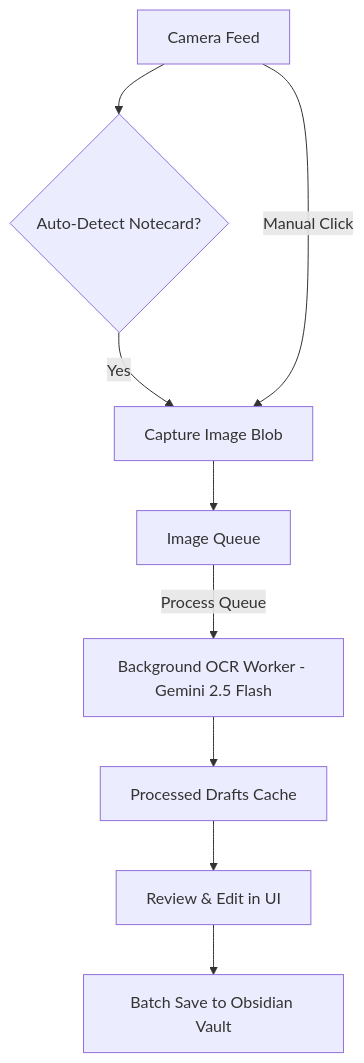
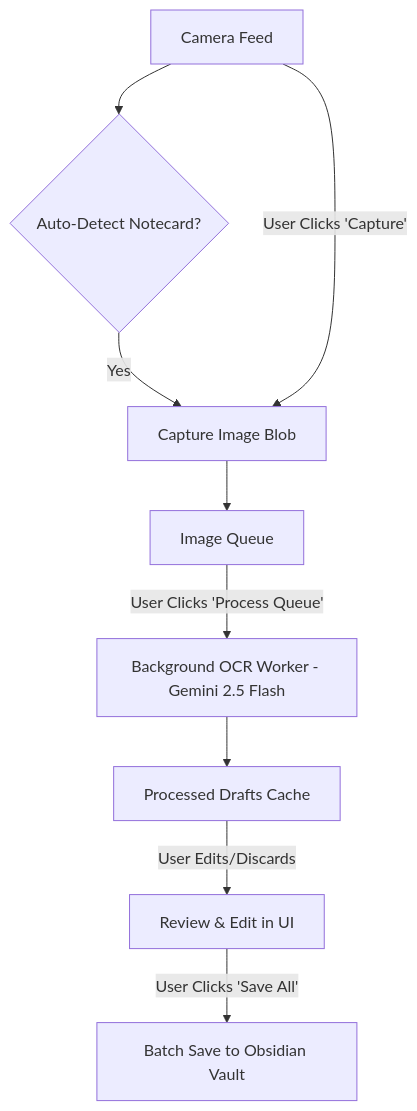
The diagram in README.md (trevtrich/slipbox-ocr), drawn with Mermaid before and after one commit.

Commit message:
docs: clarify user interaction paths in Mermaid diagram

````diff
--- a/README.md
+++ b/README.md
@@ -29,11 +29,11 @@
 ```mermaid
 graph TD
     A[Camera Feed] --> B{Auto-Detect Notecard?}
     B -- Yes --> C[Capture Image Blob]
-    A -- Manual Click --> C
+    A -- User Clicks 'Capture' --> C
     C --> D[Image Queue]
-    D -- Process Queue --> E[Background OCR Worker - Gemini 2.5 Flash]
+    D -- User Clicks 'Process Queue' --> E[Background OCR Worker - Gemini 2.5 Flash]
     E --> F[Processed Drafts Cache]
-    F --> G[Review & Edit in UI]
-    G --> H[Batch Save to Obsidian Vault]
+    F -- User Edits/Discards --> G[Review & Edit in UI]
+    G -- User Clicks 'Save All' --> H[Batch Save to Obsidian Vault]
 ```
````
